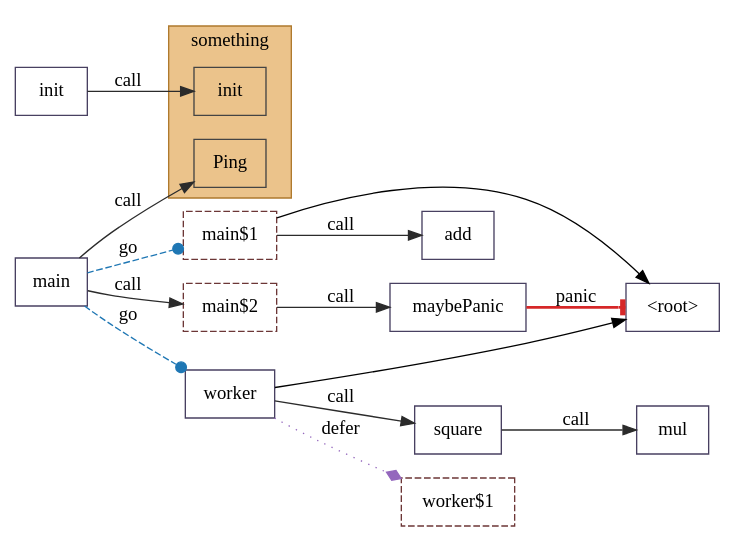
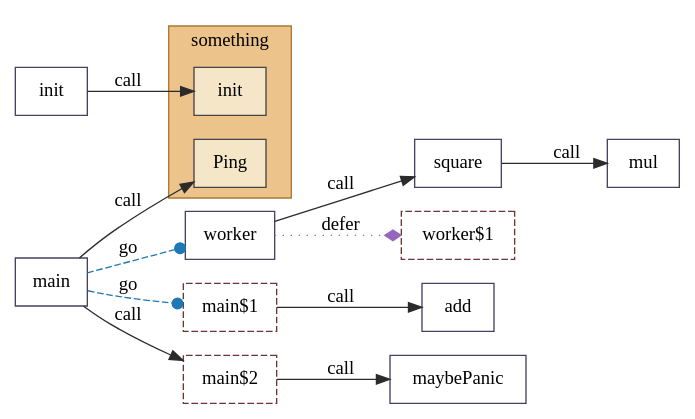
Before and after one commit to KeithFarrugia/go-callstat: the diagram in output/dotfiles/example.com_depusagetest.dot, drawn with Graphviz. The commit also changed 12 other files, not shown here.

```diff
--- a/output/dotfiles/example.com_depusagetest.dot
+++ b/output/dotfiles/example.com_depusagetest.dot
@@ -1,39 +1,33 @@
 digraph "" {
   rankdir=LR;
   subgraph "cluster_example.com/depusagetest/something" {
-    style=rounded;
-    labelfontname="Helvetica-Bold";
     label="something";
+    color="#af7a2e";
+    fillcolor="#ebc38b";
+    labelfontname="Cascadia-Mono";
+    style="filled";
     tooltip="example.com/depusagetest/something";
-    fillcolor="#ebc38b";
-    color="#af7a2e";
-    style="filled";
-    labelfontname="Helvetica-Bold";
-    "ext_1" [color="#444444", fillcolor="#f5e6c8", label="init", shape="box", style="solid", tooltip="example.com/depusagetest/something.init"];
-    "ext_12" [color="#444444", fillcolor="#f5e6c8", label="Ping", shape="box", style="solid", tooltip="(*example.com/depusagetest/something.Bob).Ping"];
+    "ext_902" [color="#444444", fillcolor="#f5e6c8", label="init", shape="box", style="filled", tooltip="example.com/depusagetest/something.init"];
+    "ext_4926" [color="#444444", fillcolor="#f5e6c8", label="Ping", shape="box", style="filled", tooltip="(*example.com/depusagetest/something.Bob).Ping"];
   }
-  "n0" [color="#484061", label="<root>", shape="box", style="solid", tooltip="<root>"];
-  "n10" [color="#6c3636", label="main$1", shape="box", style="dashed", tooltip="example.com/depusagetest.main$1"];
-  "n11" [color="#6c3636", label="main$2", shape="box", style="dashed", tooltip="example.com/depusagetest.main$2"];
-  "n2" [color="#484061", label="init", shape="box", style="solid", tooltip="example.com/depusagetest.init"];
-  "n3" [color="#484061", label="add", shape="box", style="solid", tooltip="example.com/depusagetest.add"];
-  "n4" [color="#484061", label="mul", shape="box", style="solid", tooltip="example.com/depusagetest.mul"];
-  "n5" [color="#484061", label="square", shape="box", style="solid", tooltip="example.com/depusagetest.square"];
-  "n6" [color="#484061", label="worker", shape="box", style="solid", tooltip="example.com/depusagetest.worker"];
-  "n7" [color="#6c3636", label="worker$1", shape="box", style="dashed", tooltip="example.com/depusagetest.worker$1"];
-  "n8" [color="#484061", label="maybePanic", shape="box", style="solid", tooltip="example.com/depusagetest.maybePanic"];
-  "n9" [color="#484061", label="main", shape="box", style="solid", tooltip="example.com/depusagetest.main"];
-  "n10" -> "n3" [arrowhead="normal", color="#2b2b2b", label="call", style="solid", tooltip="add(2:int, 3:int)"];
-  "n10" -> "n0" [arrowhead="normal", color="#000000", style="solid", tooltip="send t1 <- t2"];
-  "n11" -> "n8" [arrowhead="normal", color="#2b2b2b", label="call", style="solid", tooltip="maybePanic(v)"];
-  "n2" -> "ext_1" [arrowhead="normal", color="#2b2b2b", label="call", style="solid", tooltip="example.com/depusagetest/something.init()"];
-  "n5" -> "n4" [arrowhead="normal", color="#2b2b2b", label="call", style="solid", tooltip="mul(x, x)"];
-  "n6" -> "n7" [arrowhead="diamond", color="#9467bd", label="defer", style="dotted", tooltip="deferred defer t1()"];
-  "n6" -> "n5" [arrowhead="normal", color="#2b2b2b", label="call", style="solid", tooltip="square(t4)"];
-  "n6" -> "n0" [arrowhead="normal", color="#000000", style="solid", tooltip="send results <- t5"];
-  "n8" -> "n0" [arrowhead="tee", color="#d62728", label="panic", style="bold", tooltip="panic t1"];
-  "n9" -> "n6" [arrowhead="dot", color="#1f77b4", label="go", style="dashed", tooltip="concurrent go worker(1:int, t4, t5)"];
-  "n9" -> "n10" [arrowhead="dot", color="#1f77b4", label="go", style="dashed", tooltip="concurrent go t9()"];
-  "n9" -> "n11" [arrowhead="normal", color="#2b2b2b", label="call", style="solid", tooltip="main$2(t12)"];
-  "n9" -> "ext_12" [arrowhead="normal", color="#2b2b2b", label="call", style="solid", tooltip="(*example.com/depusagetest/something.Bob).Ping(t14)"];
+  "n4917" [color="#484061", label="mul", shape="box", style="solid", tooltip="example.com/depusagetest.mul"];
+  "n4918" [color="#484061", label="square", shape="box", style="solid", tooltip="example.com/depusagetest.square"];
+  "n4919" [color="#484061", label="worker", shape="box", style="solid", tooltip="example.com/depusagetest.worker"];
+  "n4920" [color="#6c3636", label="worker$1", shape="box", style="dashed", tooltip="example.com/depusagetest.worker$1"];
+  "n4921" [color="#484061", label="maybePanic", shape="box", style="solid", tooltip="example.com/depusagetest.maybePanic"];
+  "n4922" [color="#484061", label="main", shape="box", style="solid", tooltip="example.com/depusagetest.main"];
+  "n4923" [color="#6c3636", label="main$1", shape="box", style="dashed", tooltip="example.com/depusagetest.main$1"];
+  "n4924" [color="#484061", label="add", shape="box", style="solid", tooltip="example.com/depusagetest.add"];
+  "n4925" [color="#6c3636", label="main$2", shape="box", style="dashed", tooltip="example.com/depusagetest.main$2"];
+  "n4981" [color="#484061", label="init", shape="box", style="solid", tooltip="example.com/depusagetest.init"];
+  "n4919" -> "n4920" [arrowhead="diamond", color="#9467bd", label="defer", style="dotted", tooltip="deferred defer t1()"];
+  "n4919" -> "n4918" [arrowhead="normal", color="#2b2b2b", label="call", style="solid", tooltip="square(t4)"];
+  "n4923" -> "n4924" [arrowhead="normal", color="#2b2b2b", label="call", style="solid", tooltip="add(2:int, 3:int)"];
+  "n4981" -> "ext_902" [arrowhead="normal", color="#2b2b2b", label="call", style="solid", tooltip="example.com/depusagetest/something.init()"];
+  "n4922" -> "n4919" [arrowhead="dot", color="#1f77b4", label="go", style="dashed", tooltip="concurrent go worker(1:int, t4, t5)"];
+  "n4922" -> "n4923" [arrowhead="dot", color="#1f77b4", label="go", style="dashed", tooltip="concurrent go t9()"];
+  "n4922" -> "n4925" [arrowhead="normal", color="#2b2b2b", label="call", style="solid", tooltip="main$2(t12)"];
+  "n4922" -> "ext_4926" [arrowhead="normal", color="#2b2b2b", label="call", style="solid", tooltip="(*example.com/depusagetest/something.Bob).Ping(t14)"];
+  "n4925" -> "n4921" [arrowhead="normal", color="#2b2b2b", label="call", style="solid", tooltip="maybePanic(v)"];
+  "n4918" -> "n4917" [arrowhead="normal", color="#2b2b2b", label="call", style="solid", tooltip="mul(x, x)"];
 }
```
